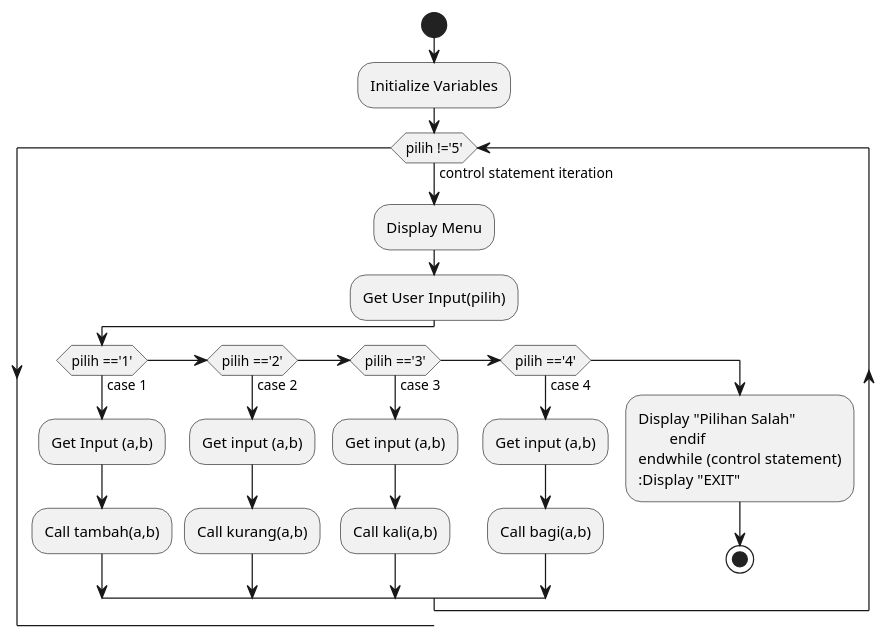
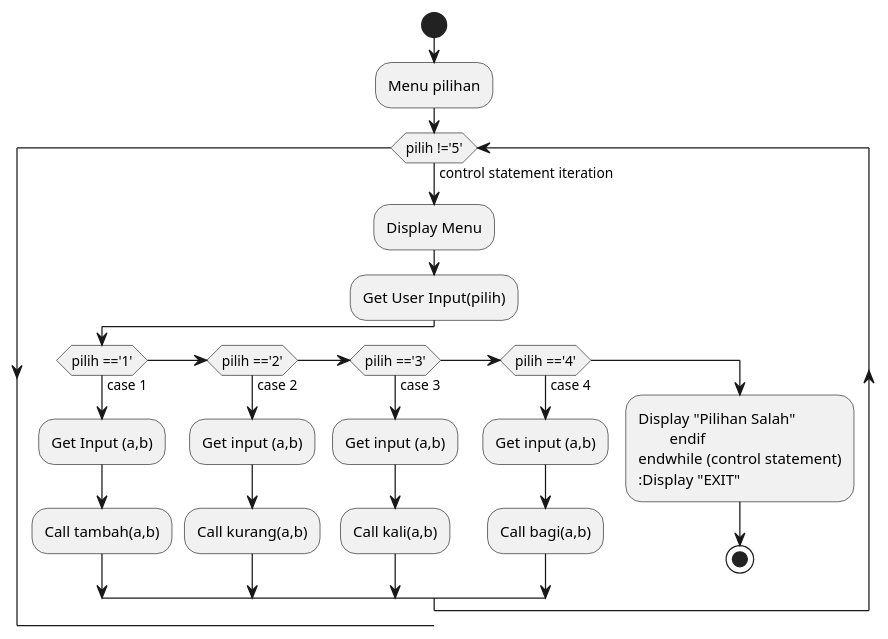
One commit to Arifinsulistiono/bhs_pemrograman changed the diagram in pert5/pert5.puml. Above: the diagram before and after it, drawn with PlantUML. The commit also changed 15 other files, not shown here.

```diff
--- a/pert5/pert5.puml
+++ b/pert5/pert5.puml
@@ -1,26 +1,26 @@
 @startuml Pert5
 start
-:Initialize Variables;
+:Menu pilihan;
 while (pilih !='5') is (control statement iteration)
         :Display Menu;
         :Get User Input(pilih);
         if (pilih =='1') then (case 1)
                   :Get Input (a,b);
                   :Call tambah(a,b);
         else if (pilih =='2') then (case 2)
                  :Get input (a,b);
                  :Call kurang(a,b);
         else if (pilih =='3') then (case 3)
                  :Get input (a,b);
                  :Call kali(a,b);
         else if (pilih =='4') then (case 4)
                  :Get input (a,b);
                  :Call bagi(a,b);
         else 
                  :Display "Pilihan Salah"
         endif
 endwhile (control statement)
 :Display "EXIT";
 stop
 
 @enduml
```
